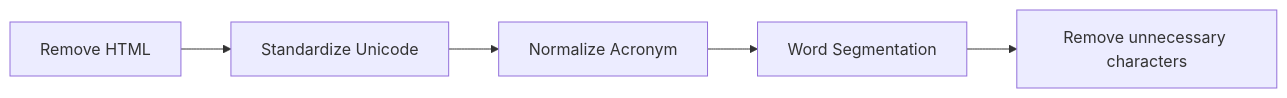
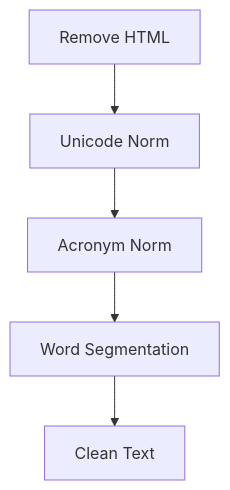
One commit to Savoxism/ABSA-Vietnamese changed the diagram in README.md. Above: the diagram before and after it, drawn with Mermaid.

````diff
--- a/README.md
+++ b/README.md
@@ -18,4 +18,7 @@
 ```mermaid 
-flowchart LR
-A[Remove HTML] --> B[Standardize Unicode] --> C[Normalize Acronym] --> D[Word Segmentation] --> E[Remove unnecessary characters]
+flowchart TB
+  A[Remove HTML] --> B[Unicode Norm]
+  B --> C[Acronym Norm]
+  C --> D[Word Segmentation]
+  D --> E[Clean Text]
 ```
````
